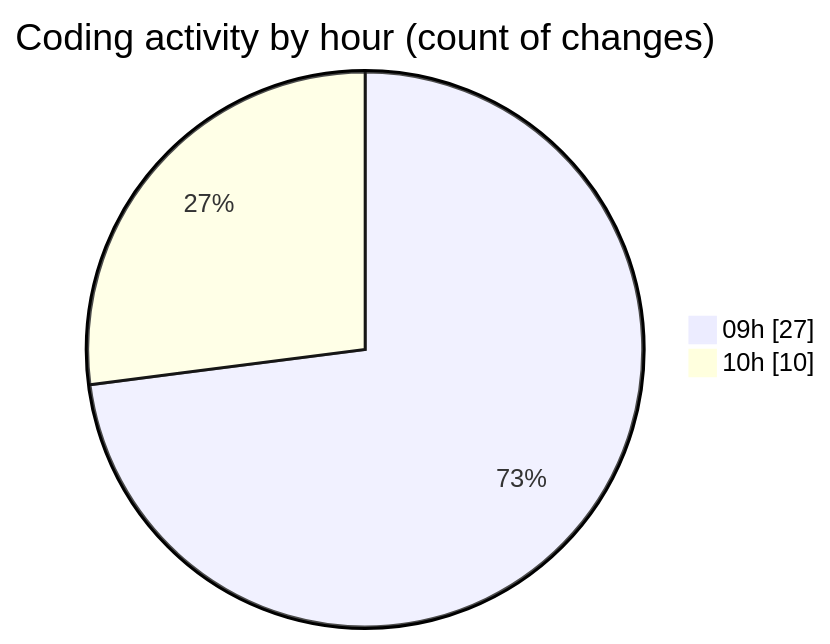
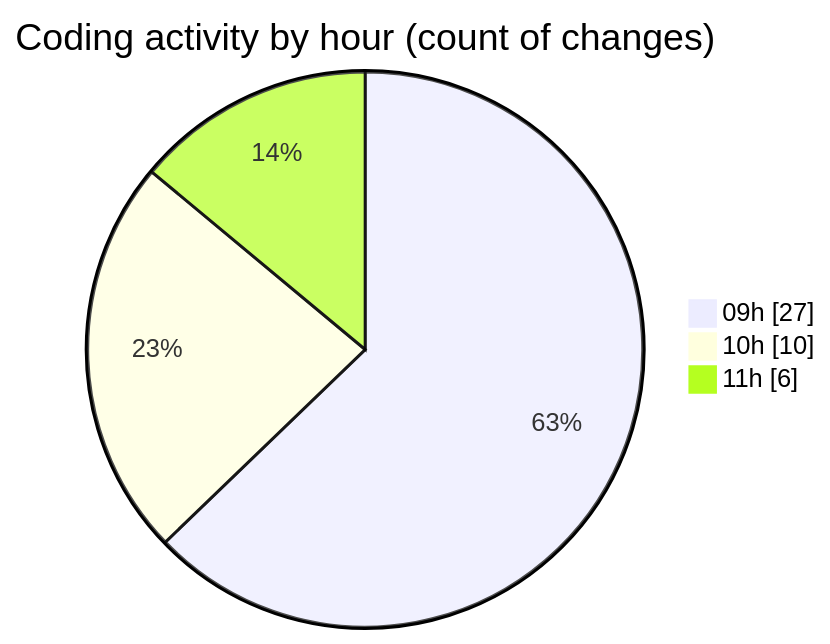
Before and after one commit to momahboobian/code-tracking: the second of 2 diagrams in 2026-05-15/cda/README.md, drawn with Mermaid. The commit also changed other lines of this file and 1 other file, not shown here.

````diff
--- a/2026-05-15/cda/README.md
+++ b/2026-05-15/cda/README.md
@@ -33,6 +39,7 @@
 ```mermaid
 pie showData
 title Coding activity by hour (count of changes)
 "09h" : 27
 "10h" : 10
+"11h" : 6
 ```
````
